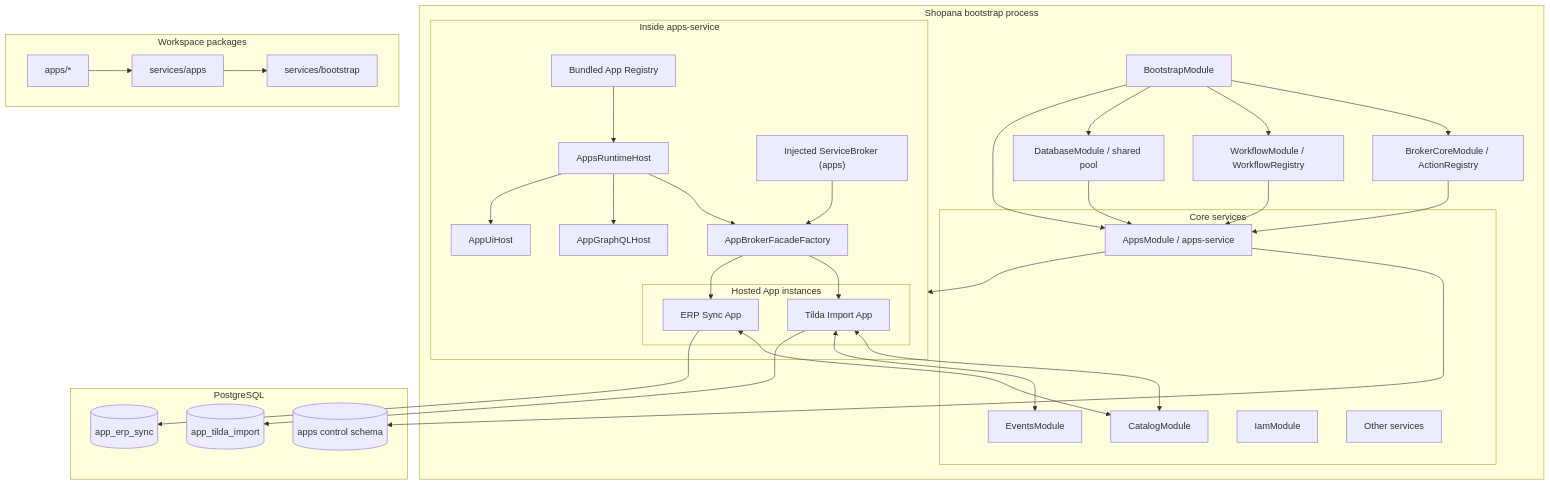
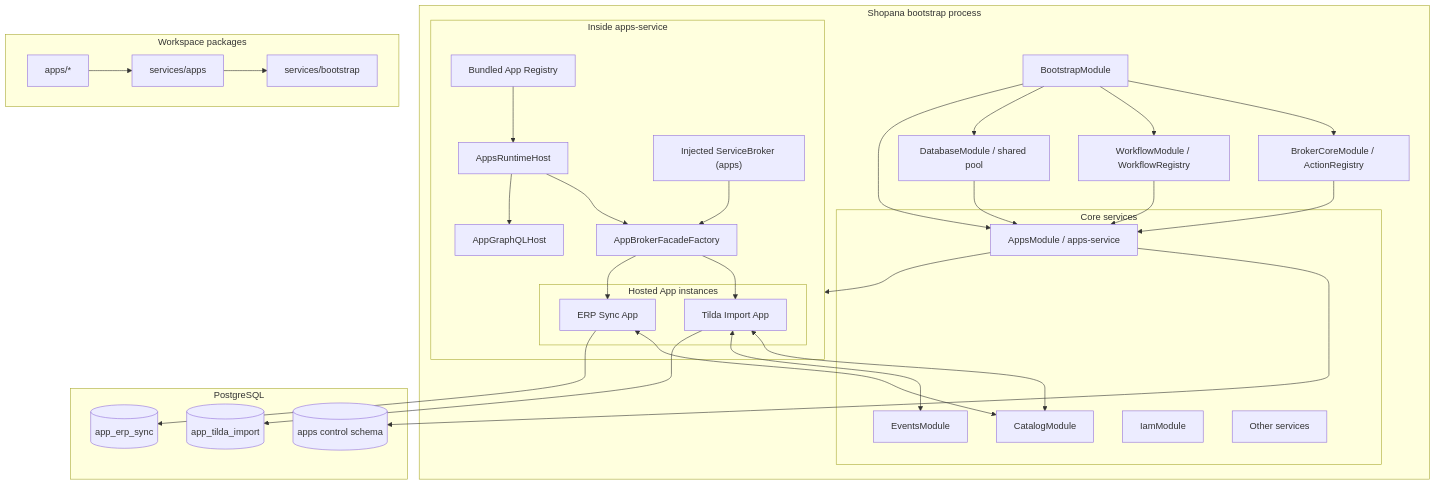
One commit to shopanaio/services changed the first of 2 diagrams in docs/apps-platform-architecture.ru.md. Above: the diagram before and after it, drawn with Mermaid. The commit also changed other lines of this file, not shown here.

````diff
--- a/docs/apps-platform-architecture.ru.md
+++ b/docs/apps-platform-architecture.ru.md
@@ -558,69 +531,67 @@
 ```mermaid
 flowchart TB
   subgraph BootstrapProcess["Shopana bootstrap process"]
     Bootstrap["BootstrapModule"]
     BrokerCore["BrokerCoreModule / ActionRegistry"]
     WorkflowCore["WorkflowModule / WorkflowRegistry"]
     Database["DatabaseModule / shared pool"]
 
     subgraph CoreServices["Core services"]
       AppsService["AppsModule / apps-service"]
       Catalog["CatalogModule"]
       Events["EventsModule"]
       IAM["IamModule"]
       Other["Other services"]
     end
 
     subgraph AppsHost["Inside apps-service"]
       Registry["Bundled App Registry"]
       RuntimeHost["AppsRuntimeHost"]
       AppsBroker["Injected ServiceBroker (apps)"]
       BrokerFactory["AppBrokerFacadeFactory"]
       GraphQLHost["AppGraphQLHost"]
-      UiHost["AppUiHost"]
 
       subgraph HostedApps["Hosted App instances"]
         Tilda["Tilda Import App"]
         ERP["ERP Sync App"]
       end
 
       Registry --> RuntimeHost
       RuntimeHost --> BrokerFactory
       AppsBroker --> BrokerFactory
       RuntimeHost --> GraphQLHost
-      RuntimeHost --> UiHost
       BrokerFactory --> Tilda
       BrokerFactory --> ERP
     end
 
     Bootstrap --> BrokerCore
     Bootstrap --> WorkflowCore
     Bootstrap --> Database
     Bootstrap --> AppsService
     BrokerCore --> AppsService
     WorkflowCore --> AppsService
     Database --> AppsService
     AppsService --> AppsHost
     Tilda <--> Catalog
     Tilda <--> Events
     ERP <--> Catalog
   end
 
   subgraph Workspace["Workspace packages"]
     AppsDir["apps/*"]
     AppsCore["services/apps"]
     BootstrapPkg["services/bootstrap"]
     AppsDir --> AppsCore
     AppsCore --> BootstrapPkg
   end
 
   subgraph PostgreSQL["PostgreSQL"]
     AppsControl[("apps control schema")]
     TildaSchema[("app_tilda_import")]
     ERPSchema[("app_erp_sync")]
   end
 
   AppsService --> AppsControl
   Tilda --> TildaSchema
   ERP --> ERPSchema
 ```
````
